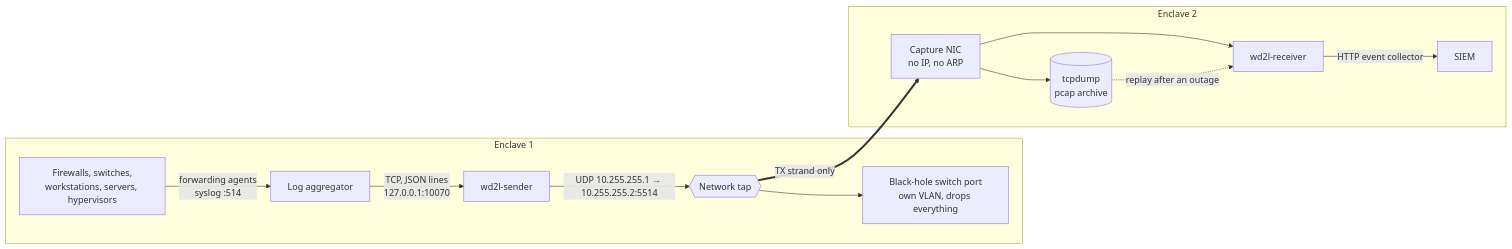
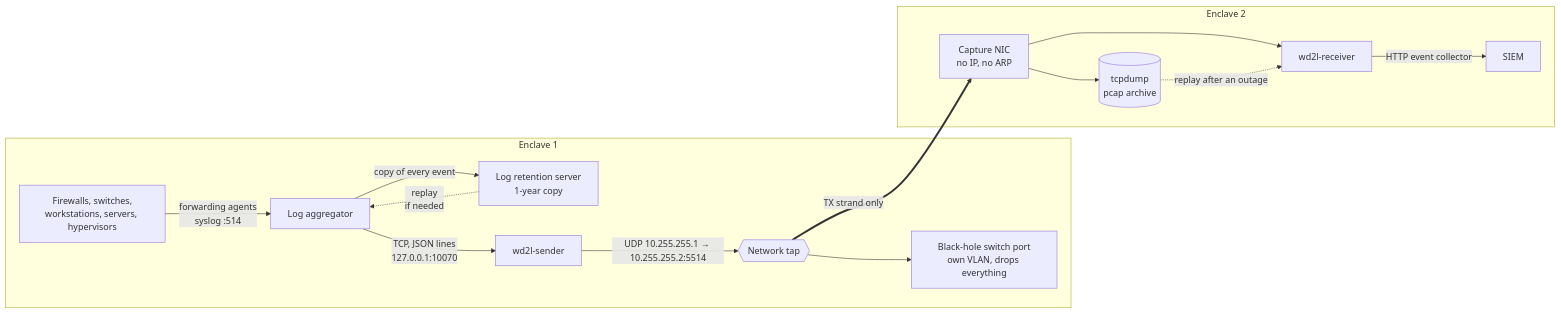
One commit to JoeHazurmoney/architecture-wiredata-to-log changed the diagram in docs/architecture.md. Above: the diagram before and after it, drawn with Mermaid. The commit also changed other lines of this file and 17 other files, not shown here.

First line of the commit message:
Interleaved multi-file rebuild, and a log retention server in Enclave 1 (#4)

````diff
--- a/docs/architecture.md
+++ b/docs/architecture.md
@@ -17,16 +22,18 @@
 ```mermaid
 flowchart LR
   subgraph E1[Enclave 1]
     H[Firewalls, switches,<br/>workstations, servers, hypervisors] -->|forwarding agents<br/>syslog :514| C[Log aggregator]
+    C -->|copy of every event| RS[Log retention server<br/>1-year copy]
+    RS -.->|replay<br/>if needed| C
     C -->|TCP, JSON lines<br/>127.0.0.1:10070| S[wd2l-sender]
     S -->|UDP 10.255.255.1 → 10.255.255.2:5514| G{{Network tap}}
     G --> B[Black-hole switch port<br/>own VLAN, drops everything]
   end
   G ==>|TX strand only| N
   subgraph E2[Enclave 2]
     N[Capture NIC<br/>no IP, no ARP] --> P[(tcpdump<br/>pcap archive)]
     N --> R[wd2l-receiver]
     R -->|HTTP event collector| SP[SIEM]
     P -.->|replay after an outage| R
   end
 ```
````
